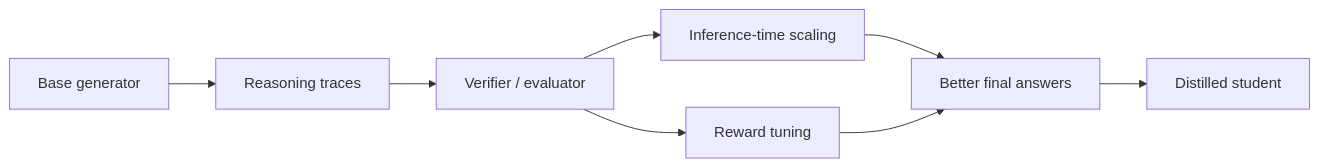
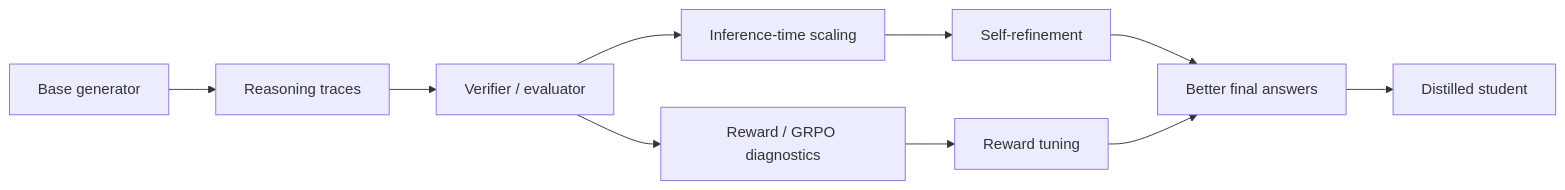
Before and after one commit to OctavianRo/reasoning-model-from-scratch: the diagram in README.md, drawn with Mermaid. The commit also changed other lines of this file and 17 other files, not shown here.

First line of the commit message:
Add verifier-guided refinement and GRPO modules

````diff
--- a/README.md
+++ b/README.md
@@ -23,10 +24,12 @@
 ```mermaid
 flowchart LR
     A["Base generator"] --> B["Reasoning traces"]
     B --> C["Verifier / evaluator"]
     C --> D["Inference-time scaling"]
-    C --> E["Reward tuning"]
-    D --> F["Better final answers"]
-    E --> F
-    F --> G["Distilled student"]
+    D --> E["Self-refinement"]
+    C --> F["Reward / GRPO diagnostics"]
+    F --> G["Reward tuning"]
+    E --> H["Better final answers"]
+    G --> H
+    H --> I["Distilled student"]
 ```
````
